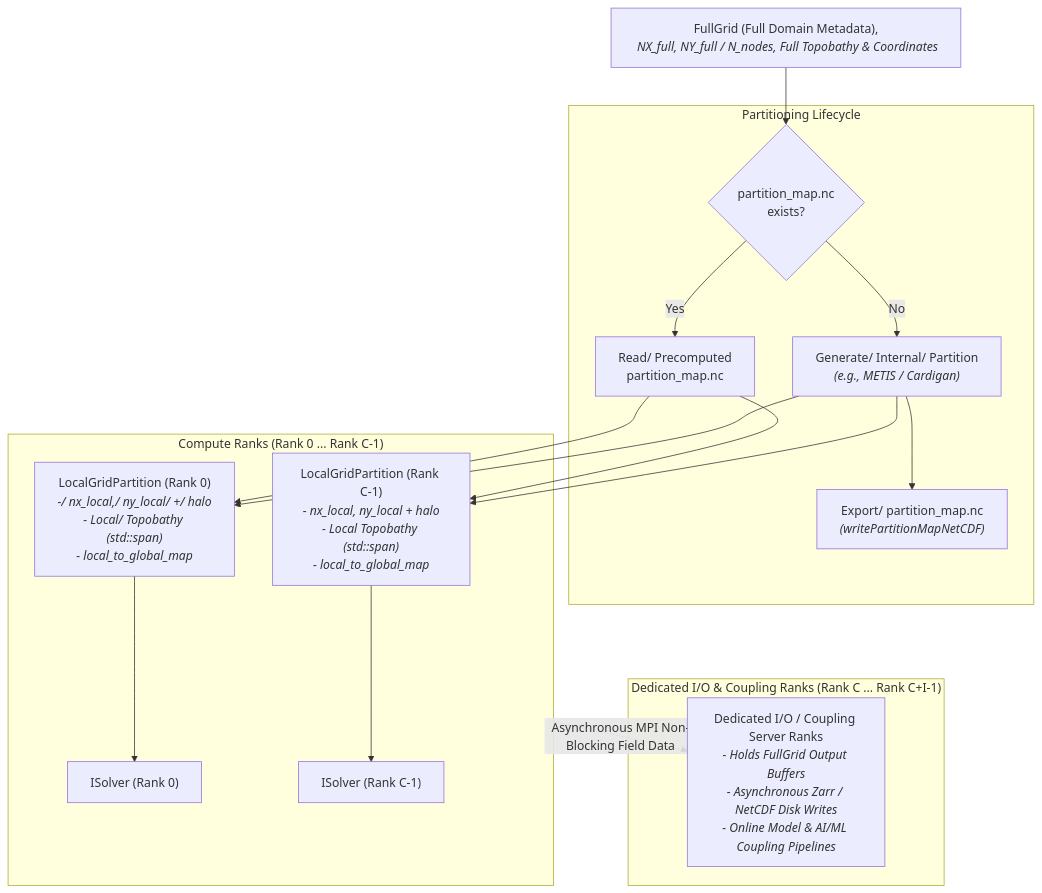
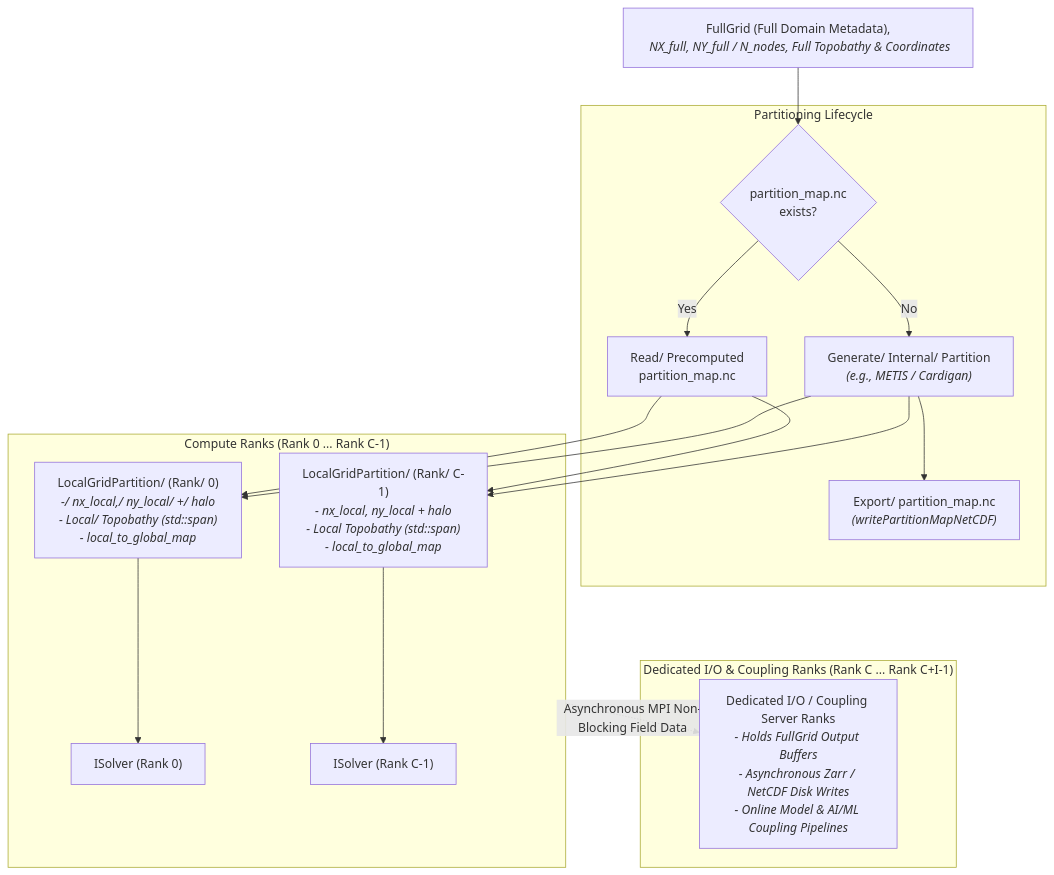
Before and after one commit to HendrikTolman-NOAA/WW4_HLT: the third of 3 diagrams in ASSESSMENT.md, drawn with Mermaid.

Commit message:
Update LocalGridPartition labels in ASSESSMENT.md

````diff
--- a/ASSESSMENT.md
+++ b/ASSESSMENT.md
@@ -208,39 +208,39 @@
 ```mermaid
 graph TD
     FG["FullGrid&nbsp;(Full&nbsp;Domain&nbsp;Metadata),<br/><i>&nbsp;NX_full,&nbsp;NY_full&nbsp;/&nbsp;N_nodes,&nbsp;Full&nbsp;Topobathy&nbsp;&&nbsp;Coordinates</i>"]
 
     subgraph PartMap ["Partitioning Lifecycle"]
         PM_CHK{"partition_map.nc<br/>exists?"}
         PM_READ["Read/&nbsp;Precomputed<br/>partition_map.nc"]
         PM_GEN["Generate/&nbsp;Internal/&nbsp;Partition<br/><i>(e.g., METIS / Cardigan)</i>"]
         PM_WRITE["Export/&nbsp;partition_map.nc<br/><i>(writePartitionMapNetCDF)</i>"]
 
         PM_CHK -- Yes --> PM_READ
         PM_CHK -- No --> PM_GEN
         PM_GEN --> PM_WRITE
     end
 
     FG --> PM_CHK
 
     subgraph ComputeRanks ["Compute Ranks (Rank 0 ... Rank C-1)"]
-        LP0["LocalGridPartition (Rank 0)<br/><i>-/&nbsp;nx_local,/&nbsp;ny_local/&nbsp;+/&nbsp;halo</i><br/><i>- Local/&nbsp;Topobathy (std::span)</i><br/><i>- local_to_global_map</i>"]
-        LPC["LocalGridPartition (Rank C-1)<br/><i>- nx_local, ny_local + halo</i><br/><i>- Local Topobathy (std::span)</i><br/><i>- local_to_global_map</i>"]
+        LP0["LocalGridPartition/&nbsp;(Rank/&nbsp;0)<br/><i>-/&nbsp;nx_local,/&nbsp;ny_local/&nbsp;+/&nbsp;halo</i><br/><i>- Local/&nbsp;Topobathy (std::span)</i><br/><i>- local_to_global_map</i>"]
+        LPC["LocalGridPartition/&nbsp;(Rank/&nbsp;C-1)<br/><i>- nx_local, ny_local + halo</i><br/><i>- Local Topobathy (std::span)</i><br/><i>- local_to_global_map</i>"]
 
         S0["ISolver (Rank 0)"]
         SC["ISolver (Rank C-1)"]
 
         LP0 --> S0
         LPC --> SC
     end
 
     subgraph IORanks ["Dedicated I/O & Coupling Ranks (Rank C ... Rank C+I-1)"]
         IOR["Dedicated I/O / Coupling Server Ranks<br/><i>- Holds FullGrid Output Buffers</i><br/><i>- Asynchronous Zarr / NetCDF Disk Writes</i><br/><i>- Online Model & AI/ML Coupling Pipelines</i>"]
     end
 
     PM_READ --> LP0
     PM_READ --> LPC
     PM_GEN --> LP0
     PM_GEN --> LPC
 
     ComputeRanks -. Asynchronous MPI Non-Blocking Field Data .-> IOR
 ```
````
